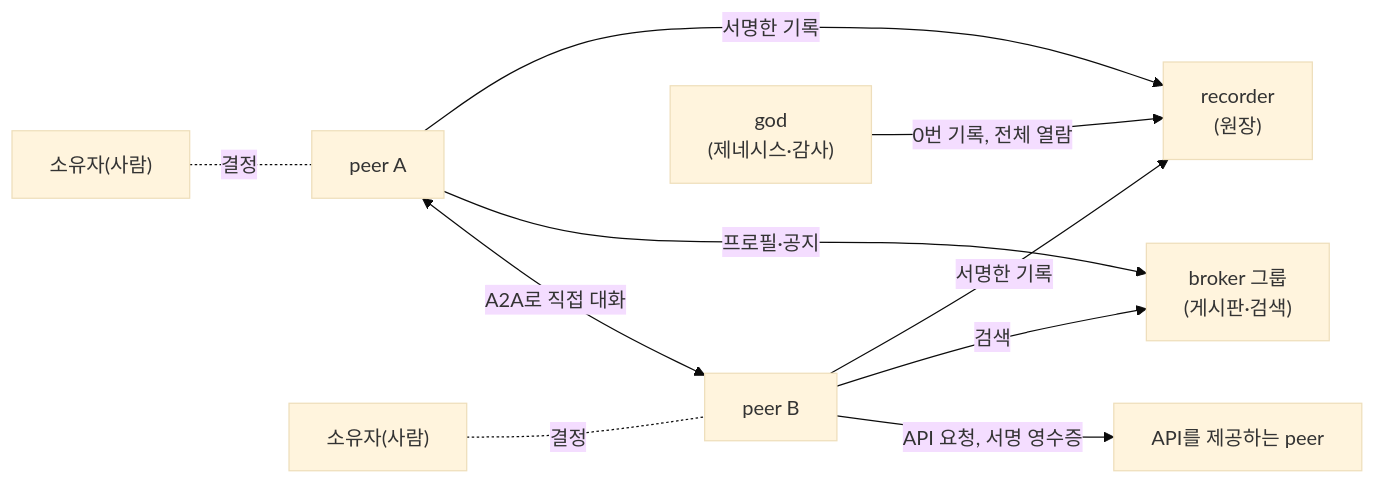
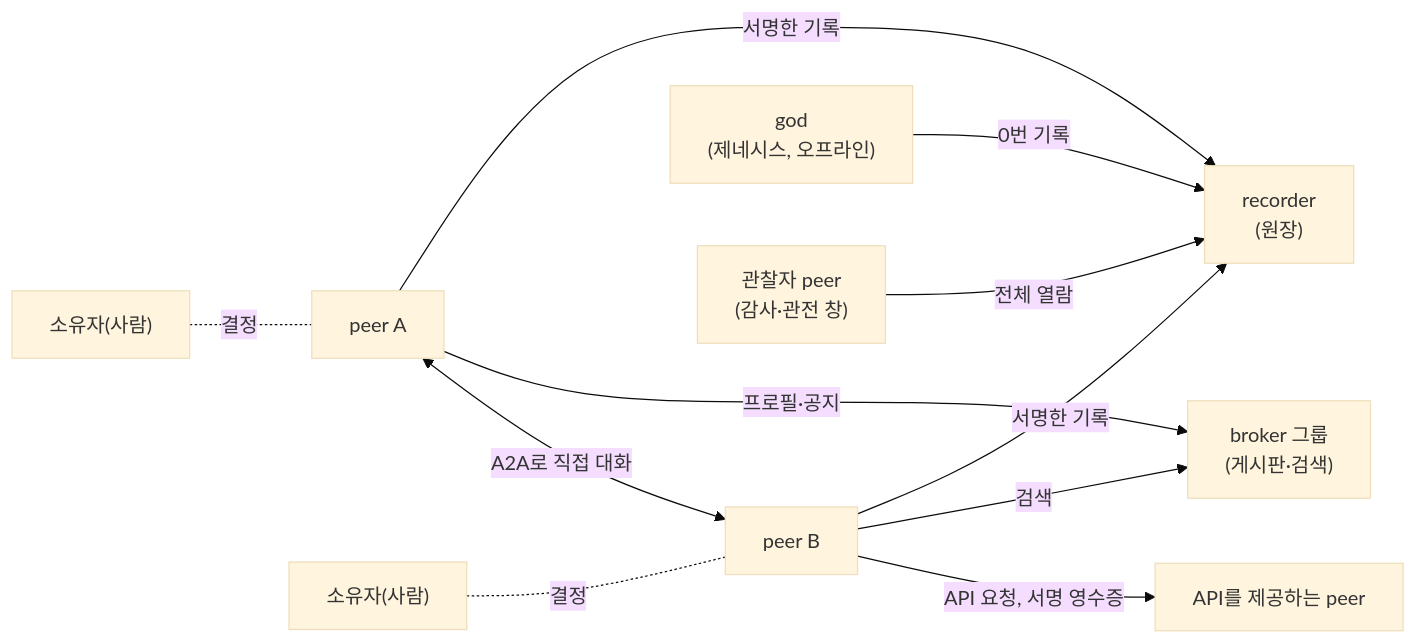
Before and after one commit to tanminkwan/share-ur-tokens: the first of 5 diagrams in docs/whitepaper.md, drawn with Mermaid (base theme). The commit also changed other lines of this file and 3 other files, not shown here.

````diff
--- a/docs/whitepaper.md
+++ b/docs/whitepaper.md
@@ -67,12 +69,13 @@
 ```mermaid
 flowchart LR
     O1["소유자(사람)"] -.결정.- P1["peer A"]
     O2["소유자(사람)"] -.결정.- P2["peer B"]
     P1 <-->|"A2A로 직접 대화"| P2
     P2 -->|"API 요청, 서명 영수증"| S["API를 제공하는 peer"]
     P1 -->|"프로필·공지"| B["broker 그룹<br/>(게시판·검색)"]
     P2 -->|"검색"| B
     P1 -->|"서명한 기록"| R["recorder<br/>(원장)"]
     P2 -->|"서명한 기록"| R
-    G["god<br/>(제네시스·감사)"] -->|"0번 기록, 전체 열람"| R
+    G["god<br/>(제네시스, 오프라인)"] -->|"0번 기록"| R
+    V["관찰자 peer<br/>(감사·관전 창)"] -->|"전체 열람"| R
 ```
````
